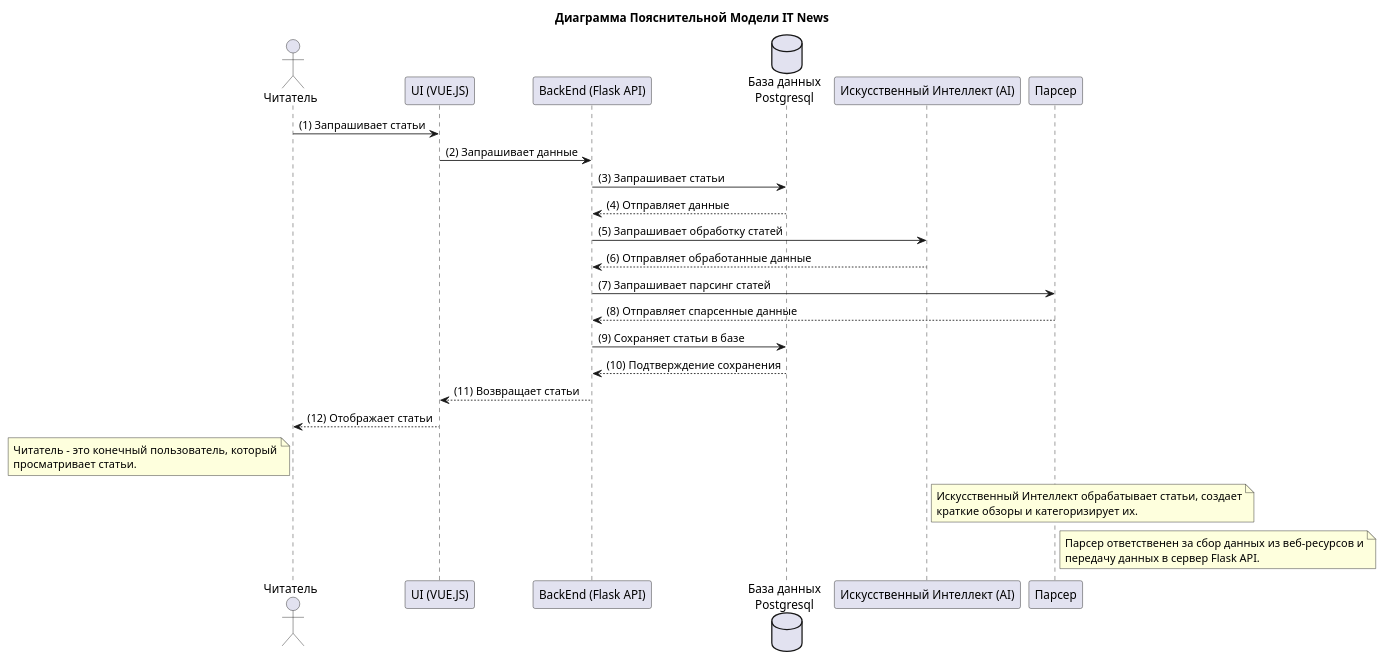
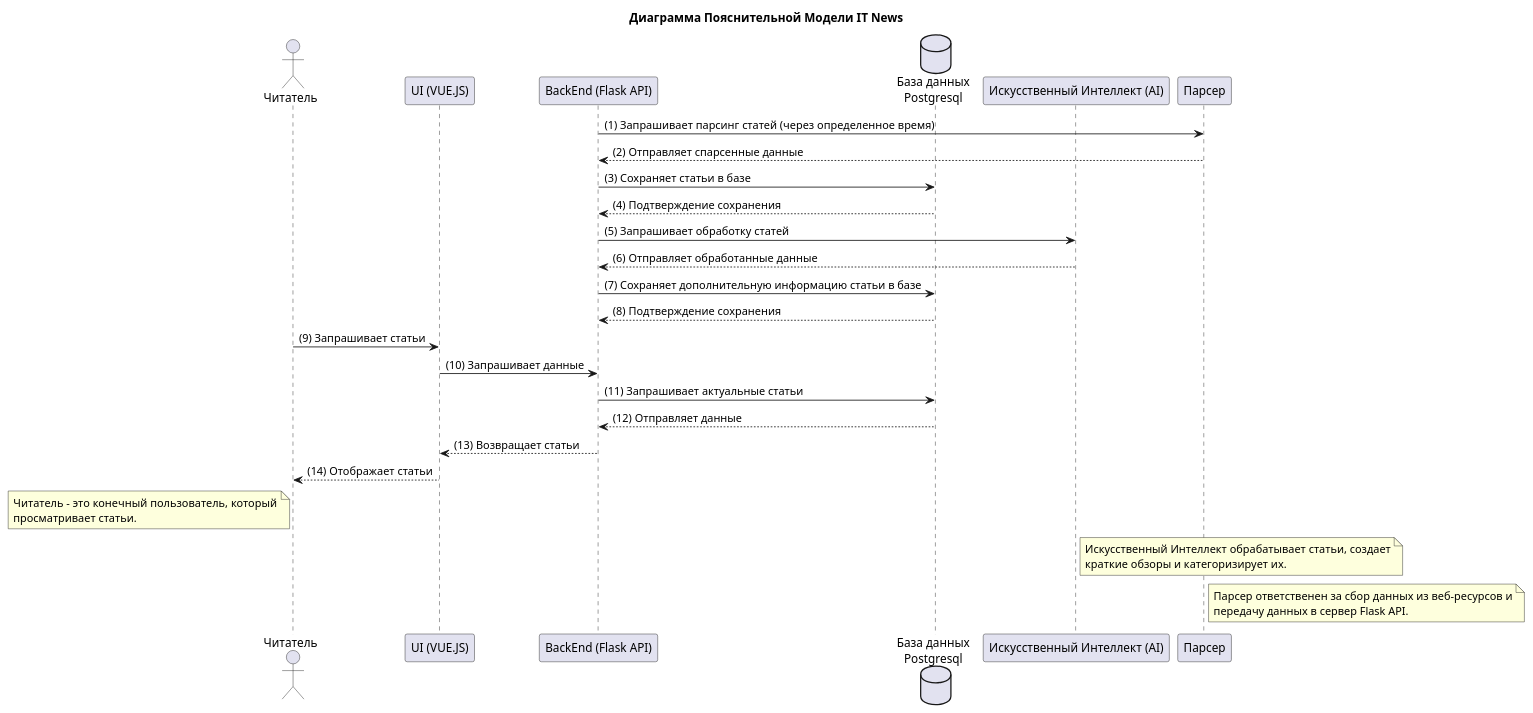
Before and after one commit to 0hJonny/Diplom_60701_: the diagram in Диаграммы/ExplanatoryModel.puml, drawn with PlantUML.

```diff
--- a/Диаграммы/ExplanatoryModel.puml
+++ b/Диаграммы/ExplanatoryModel.puml
@@ -1,39 +1,42 @@
 @startuml
 title Диаграмма Пояснительной Модели IT News
 
 actor "Читатель" as Reader
 participant "UI (VUE.JS)" as UI
 participant "BackEnd (Flask API)" as BackEnd
 database "База данных\nPostgresql" as Database
 participant "Искусственный Интеллект (AI)" as AI
 participant "Парсер" as Parser
 
-Reader -> UI : (1) Запрашивает статьи
-UI -> BackEnd : (2) Запрашивает данные
-BackEnd -> Database : (3) Запрашивает статьи
-Database --> BackEnd : (4) Отправляет данные
+
+BackEnd -> Parser : (1) Запрашивает парсинг статей (через определенное время)
+Parser --> BackEnd : (2) Отправляет спарсенные данные
+BackEnd -> Database : (3) Сохраняет статьи в базе
+Database --> BackEnd : (4) Подтверждение сохранения
 BackEnd -> AI : (5) Запрашивает обработку статей
 AI --> BackEnd : (6) Отправляет обработанные данные
-BackEnd -> Parser : (7) Запрашивает парсинг статей
-Parser --> BackEnd : (8) Отправляет спарсенные данные
-BackEnd -> Database : (9) Сохраняет статьи в базе
-Database --> BackEnd : (10) Подтверждение сохранения
-BackEnd --> UI : (11) Возвращает статьи
-UI --> Reader : (12) Отображает статьи
+BackEnd -> Database : (7) Сохраняет дополнительную информацию статьи в базе
+Database --> BackEnd : (8) Подтверждение сохранения
+Reader -> UI : (9) Запрашивает статьи
+UI -> BackEnd : (10) Запрашивает данные
+BackEnd -> Database : (11) Запрашивает актуальные статьи
+Database --> BackEnd : (12) Отправляет данные
+BackEnd --> UI : (13) Возвращает статьи
+UI --> Reader : (14) Отображает статьи
 
 note left of Reader
   Читатель - это конечный пользователь, который
   просматривает статьи.
 end note
 
 note right of AI
   Искусственный Интеллект обрабатывает статьи, создает
   краткие обзоры и категоризирует их.
 end note
 
 note right of Parser
   Парсер ответственен за сбор данных из веб-ресурсов и
   передачу данных в сервер Flask API.
 end note
 
 @enduml
```
